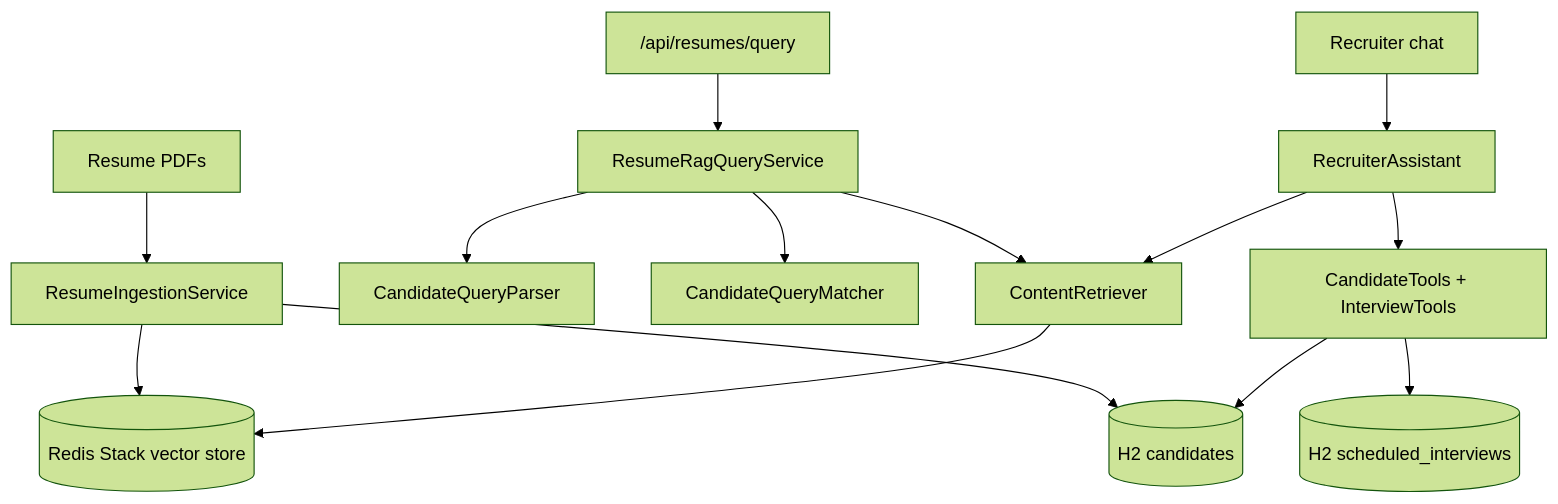
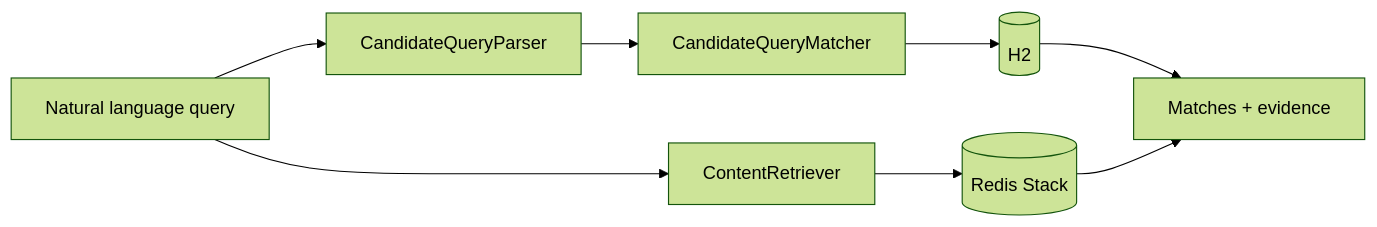
The second of 4 diagrams in README.md (preitychib/ProfileScreener), drawn with Mermaid (forest theme) before and after one commit. The commit also changed other lines of this file and 39 other files, not shown here.

````diff
--- a/README.md
+++ b/README.md
@@ -30,16 +62,10 @@
 ```mermaid
-flowchart TB
-    PDF[Resume PDFs] --> Ingest[ResumeIngestionService]
-    Ingest --> Redis[(Redis Stack vector store)]
-    Ingest --> H2Candidates[(H2 candidates)]
-    QueryAPI["/api/resumes/query"] --> RagQuery[ResumeRagQueryService]
-    RagQuery --> Parser[CandidateQueryParser]
-    RagQuery --> Matcher[CandidateQueryMatcher]
-    RagQuery --> RAG[ContentRetriever]
-    Recruiter[Recruiter chat] --> Assistant[RecruiterAssistant]
-    Assistant --> RAG
-    RAG --> Redis
-    Assistant --> Tools[CandidateTools + InterviewTools]
-    Tools --> H2Candidates
-    Tools --> H2Interviews[(H2 scheduled_interviews)]
+flowchart LR
+    Q[Natural language query] --> Parser[CandidateQueryParser]
+    Parser --> Matcher[CandidateQueryMatcher]
+    Matcher --> H2[(H2)]
+    Q --> RAG[ContentRetriever]
+    RAG --> Redis[(Redis Stack)]
+    H2 --> Response[Matches + evidence]
+    Redis --> Response
 ```
````
